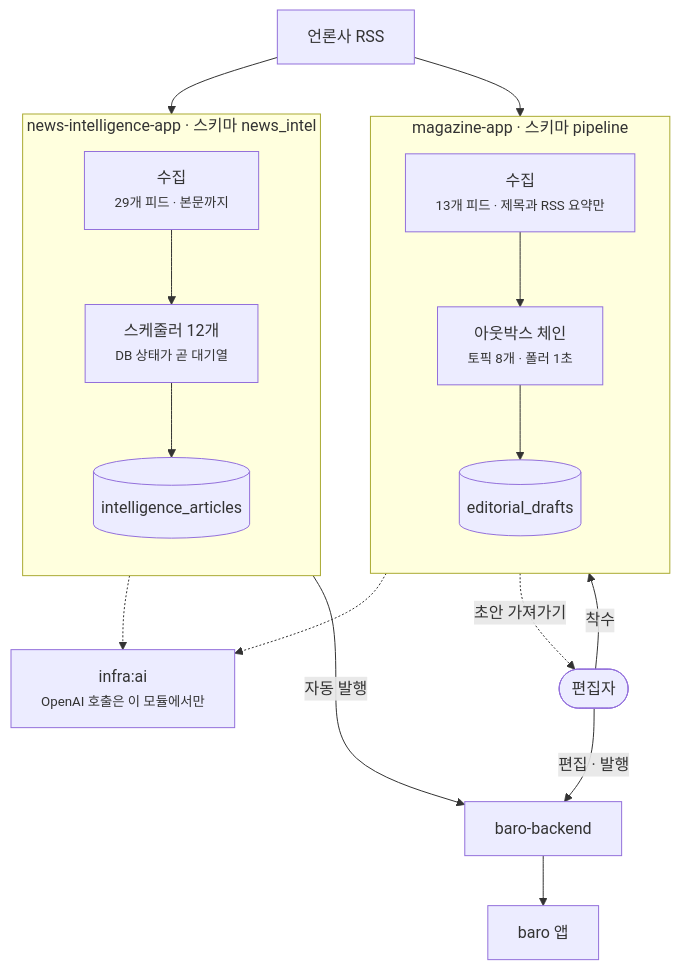
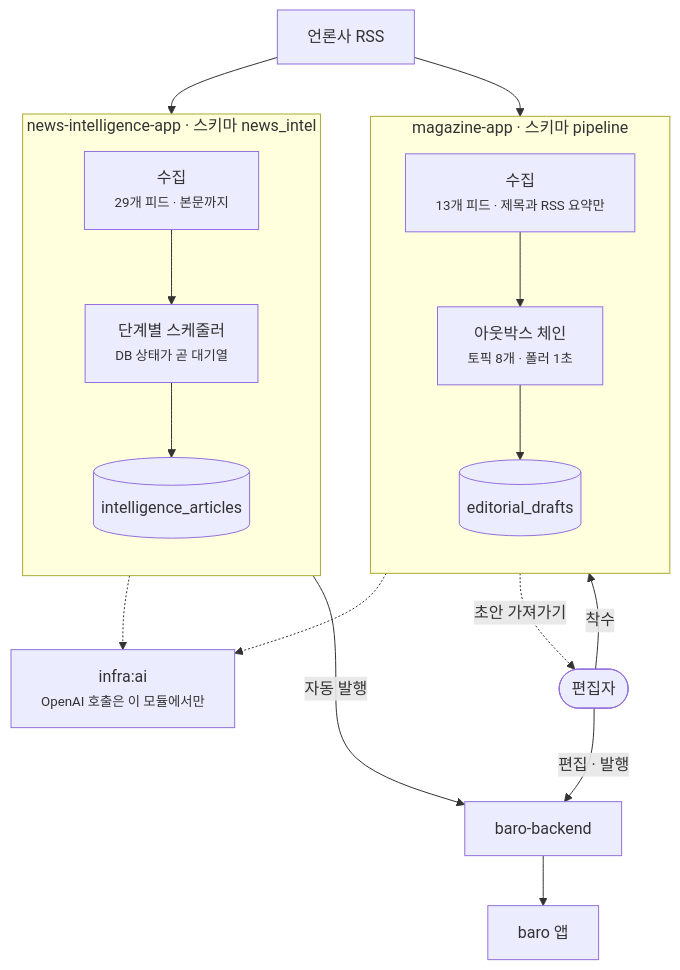
The first of 6 diagrams in src/content/blog/magazine-pipeline-two-apps-flow.md (oownahcohc/oownahcohc.github.io), drawn with Mermaid before and after one commit. The commit also changed other lines of this file and 79 other files, not shown here.

````diff
--- a/src/content/blog/magazine-pipeline-two-apps-flow.md
+++ b/src/content/blog/magazine-pipeline-two-apps-flow.md
@@ -27,31 +24,31 @@
 ```mermaid
 flowchart TB
     RSS["언론사 RSS"]
     subgraph MAG["magazine-app · 스키마 pipeline"]
         direction TB
         M1["수집<br/><small>13개 피드 · 제목과 RSS 요약만</small>"]
         M2["아웃박스 체인<br/><small>토픽 8개 · 폴러 1초</small>"]
         M3[("editorial_drafts")]
         M1 --> M2 --> M3
     end
     subgraph NEWS["news-intelligence-app · 스키마 news_intel"]
         direction TB
         N1["수집<br/><small>29개 피드 · 본문까지</small>"]
-        N2["스케줄러 12개<br/><small>DB 상태가 곧 대기열</small>"]
+        N2["단계별 스케줄러<br/><small>DB 상태가 곧 대기열</small>"]
         N3[("intelligence_articles")]
         N1 --> N2 --> N3
     end
     AI["infra:ai<br/><small>OpenAI 호출은 이 모듈에서만</small>"]
     ED(["편집자"])
     BE["baro-backend"]
     APP["baro 앱"]
     RSS --> M1
     RSS --> N1
     M2 -.-> AI
     N2 -.-> AI
     ED -->|"착수"| M2
     M3 -.->|"초안 가져가기"| ED
     ED -->|"편집 · 발행"| BE
     N3 -->|"자동 발행"| BE
     BE --> APP
 ```
````
